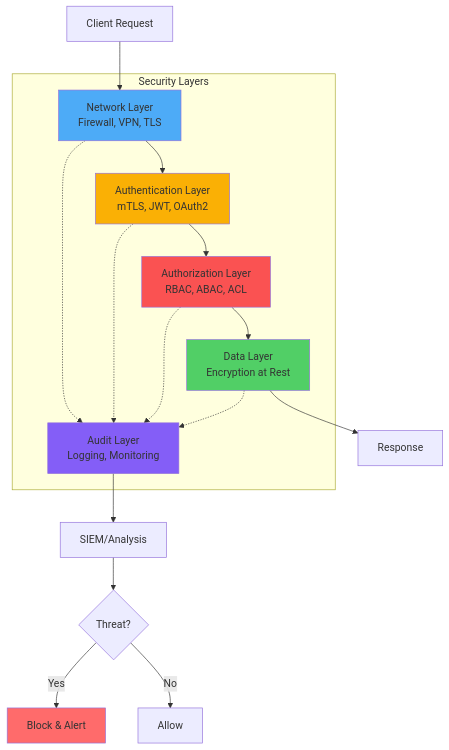
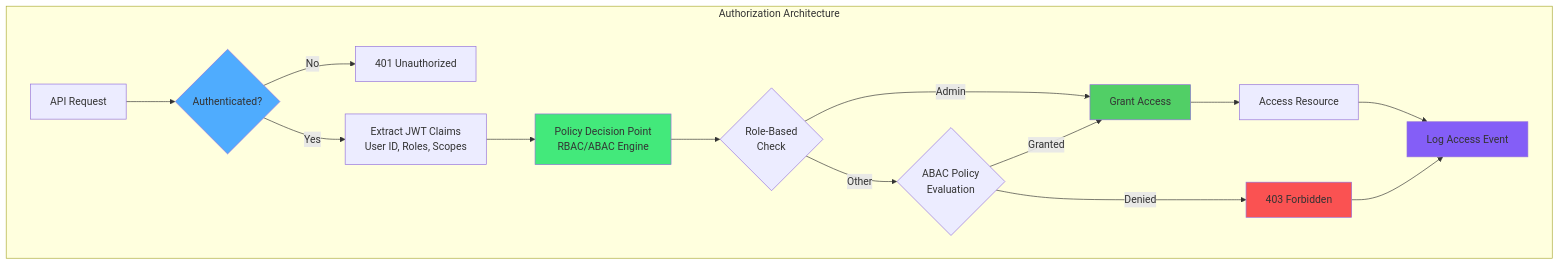
Before and after one commit to makr-code/ThemisDB: the second of 2 diagrams in compendium/docs/chapter_36_security_hardening.md, drawn with Mermaid. The commit also changed other lines of this file, not shown here.

Commit message:
Expand Chapter 36 sections 36.1-36.4 with comprehensive security content

````diff
--- a/compendium/docs/chapter_36_security_hardening.md
+++ b/compendium/docs/chapter_36_security_hardening.md
@@ -112,33 +867,28 @@
 ```mermaid
 graph TB
-    subgraph "Security Layers"
-        Network[Network Layer<br/>Firewall, VPN, TLS]
-        Auth[Authentication Layer<br/>mTLS, JWT, OAuth2]
-        Authz[Authorization Layer<br/>RBAC, ABAC, ACL]
-        Data[Data Layer<br/>Encryption at Rest]
-        Audit[Audit Layer<br/>Logging, Monitoring]
+    subgraph "Authorization Architecture"
+        Request[API Request] --> AuthN{Authenticated?}
+        AuthN -->|No| Reject401[401 Unauthorized]
+        AuthN -->|Yes| ExtractClaims[Extract JWT Claims<br/>User ID, Roles, Scopes]
+        
+        ExtractClaims --> PDP[Policy Decision Point<br/>RBAC/ABAC Engine]
+        
+        PDP --> RoleCheck{Role-Based<br/>Check}
+        RoleCheck -->|Admin| Allow[Grant Access]
+        RoleCheck -->|Other| ABACCheck{ABAC Policy<br/>Evaluation}
+        
+        ABACCheck -->|Granted| Allow
+        ABACCheck -->|Denied| Reject403[403 Forbidden]
+        
+        Allow --> ResourceAccess[Access Resource]
+        ResourceAccess --> AuditLog[Log Access Event]
+        
+        Reject403 --> AuditLog
     end
     
-    Client[Client Request] --> Network
-    Network --> Auth
-    Auth --> Authz
-    Authz --> Data
-    Data --> Response[Response]
-    
-    Network -.-> Audit
-    Auth -.-> Audit
-    Authz -.-> Audit
-    Data -.-> Audit
-    
-    Audit --> SIEM[SIEM/Analysis]
-    SIEM --> Alert{Threat?}
-    Alert -->|Yes| Block[Block & Alert]
-    Alert -->|No| Allow[Allow]
-    
-    style Network fill:#4dabf7
-    style Auth fill:#fab005
-    style Authz fill:#fa5252
-    style Data fill:#51cf66
-    style Audit fill:#845ef7
-    style Block fill:#ff6b6b
+    style AuthN fill:#4facfe
+    style PDP fill:#43e97b
+    style Reject403 fill:#fa5252
+    style Allow fill:#51cf66
+    style AuditLog fill:#845ef7
 ```
````
